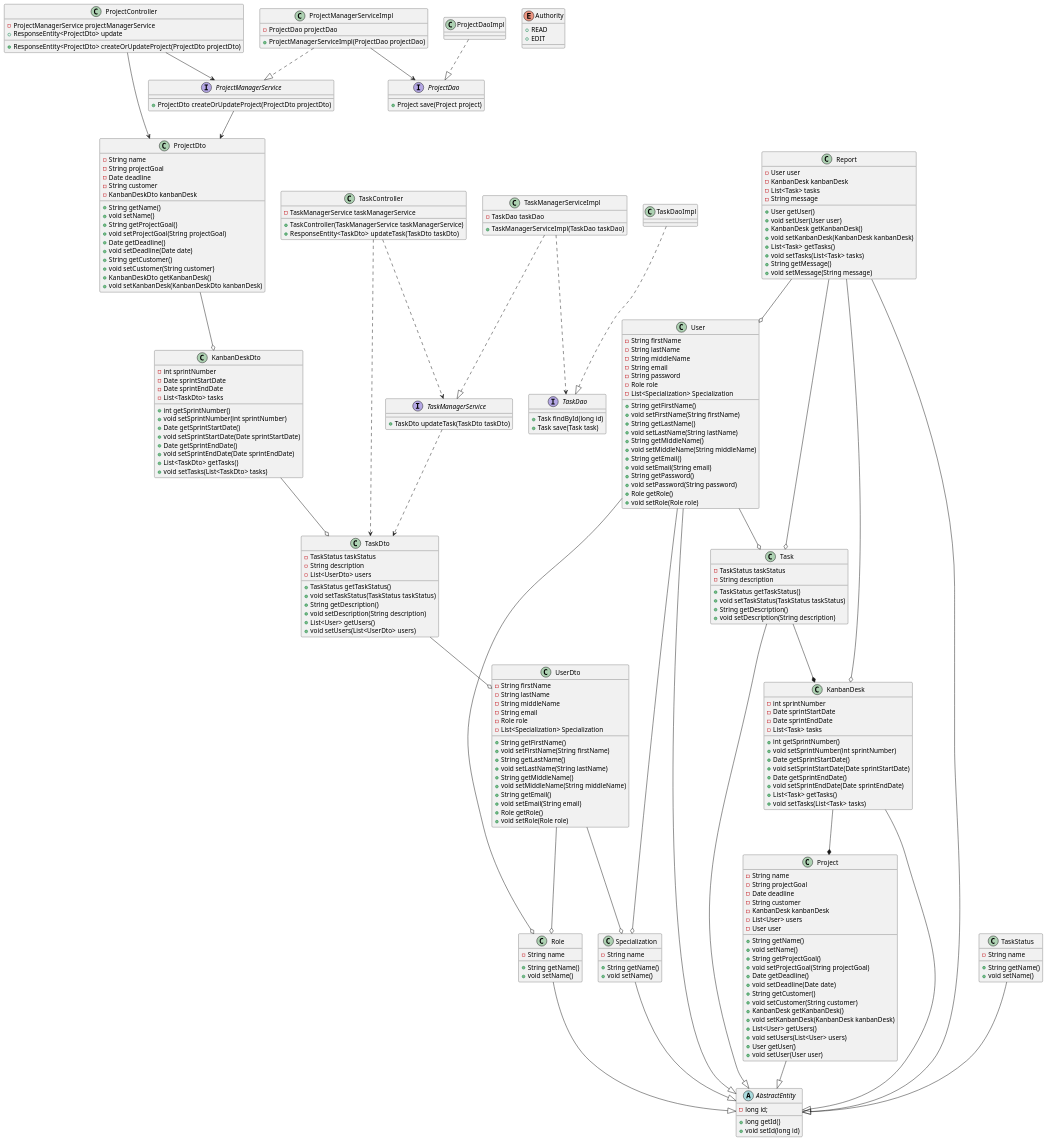
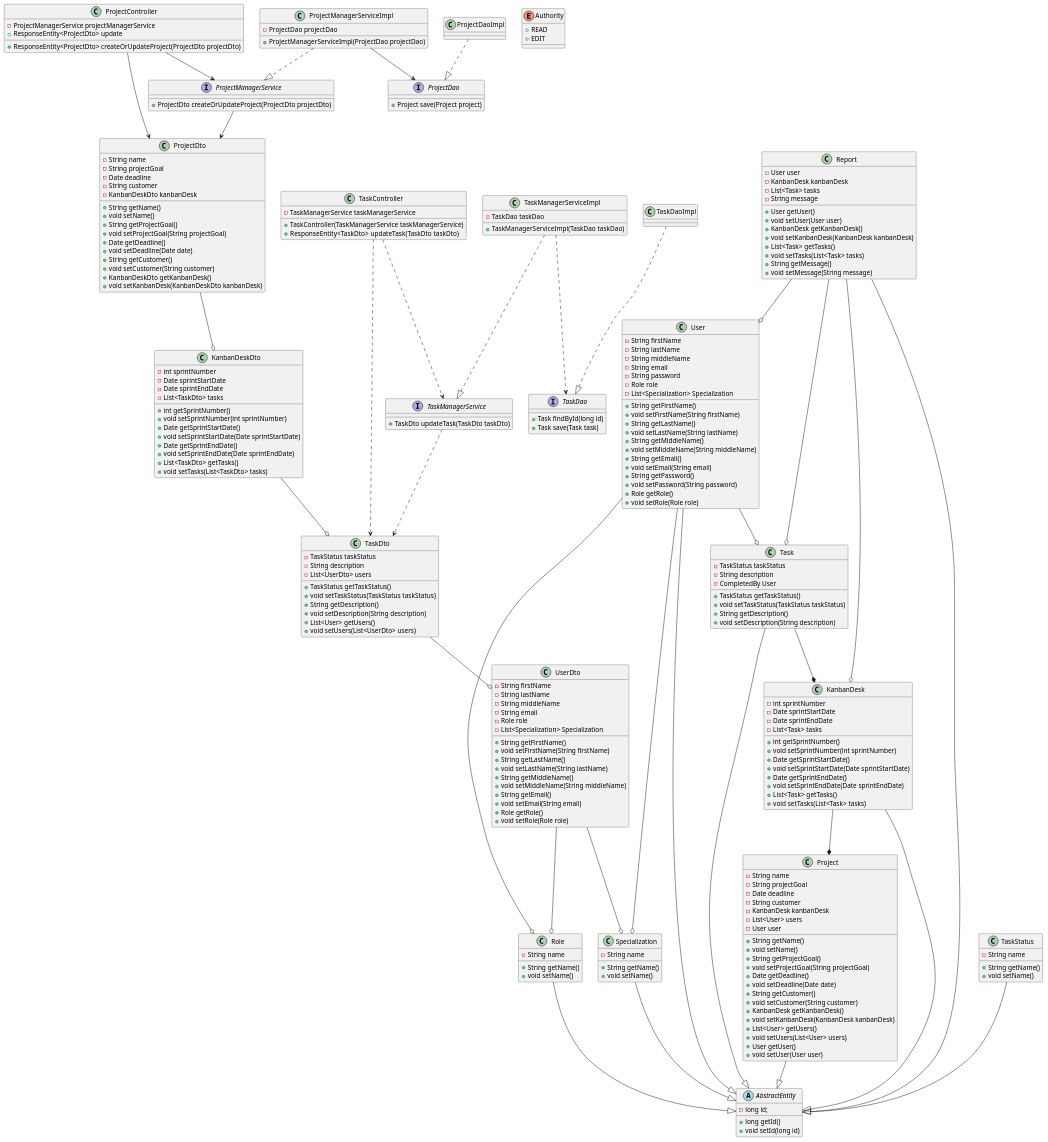
One commit to penamarth/bsbo-02-21_team_var7_erp changed the diagram in UML diagrams/Class-diagrams/classes.wsd. Above: the diagram before and after it, drawn with PlantUML. The commit also changed 2 other files, not shown here.

Commit message:
Created reports diagram

```diff
--- a/UML diagrams/Class-diagrams/classes.wsd
+++ b/UML diagrams/Class-diagrams/classes.wsd
@@ -104,6 +104,7 @@
 {
     - TaskStatus taskStatus
     - String description
+    - CompletedBy User
     + TaskStatus getTaskStatus()
     + void setTaskStatus(TaskStatus taskStatus)
     + String getDescription()
```
